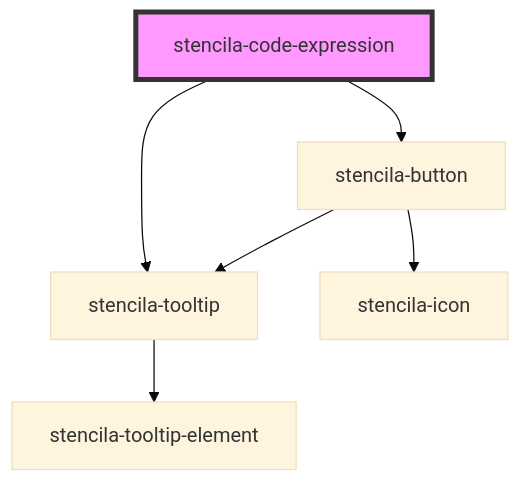
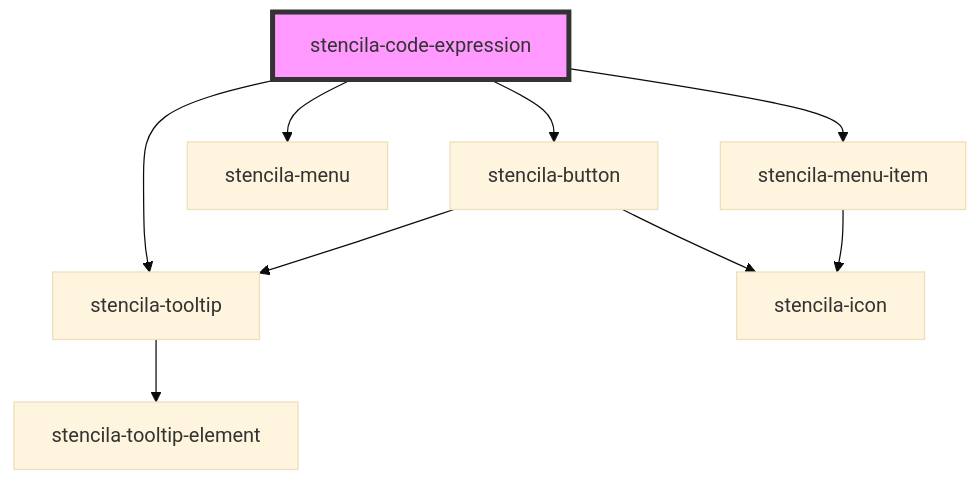
Before and after one commit to stencila/designa: the diagram in packages/components/src/components/codeExpression/readme.md, drawn with Mermaid (base theme). The commit also changed other lines of this file and 17 other files, not shown here.

````diff
--- a/packages/components/src/components/codeExpression/readme.md
+++ b/packages/components/src/components/codeExpression/readme.md
@@ -64,9 +73,12 @@
 ```mermaid
 graph TD;
   stencila-code-expression --> stencila-button
   stencila-code-expression --> stencila-tooltip
+  stencila-code-expression --> stencila-menu
+  stencila-code-expression --> stencila-menu-item
   stencila-button --> stencila-icon
   stencila-button --> stencila-tooltip
   stencila-tooltip --> stencila-tooltip-element
+  stencila-menu-item --> stencila-icon
   style stencila-code-expression fill:#f9f,stroke:#333,stroke-width:4px
 ```
````
